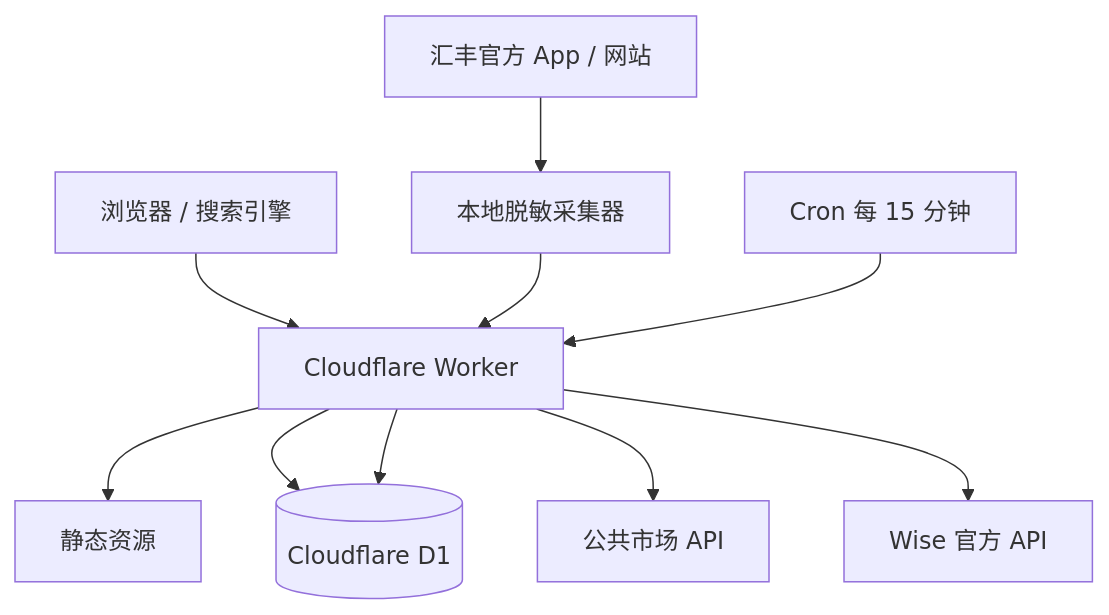
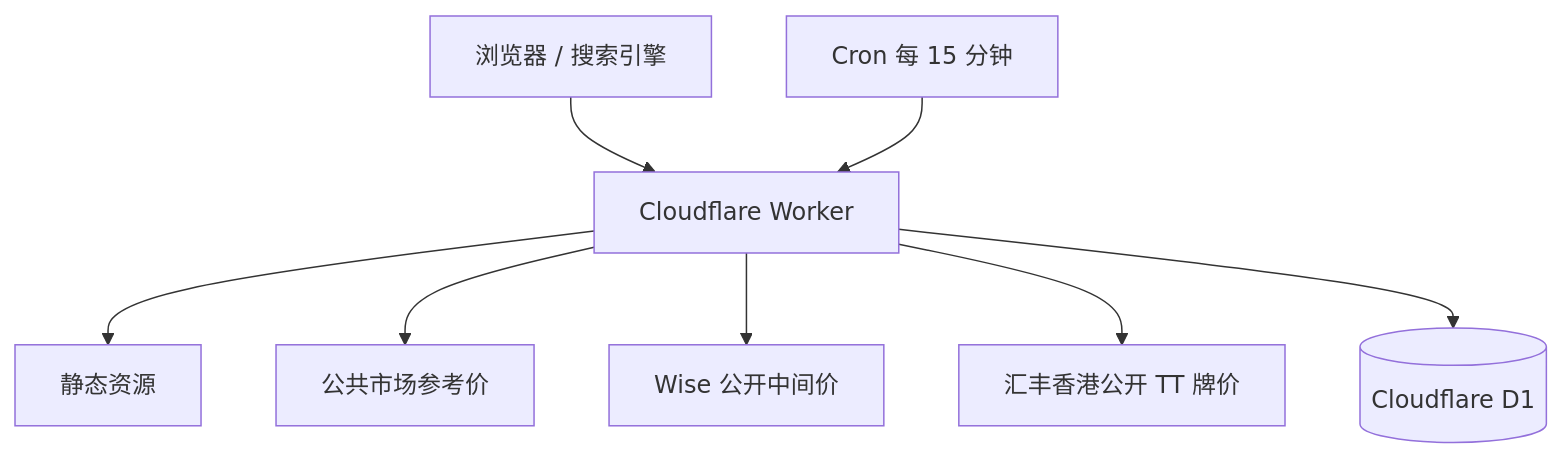
The diagram in docs/ARCHITECTURE.md (wxywizard/FXPulse), drawn with Mermaid before and after one commit. The commit also changed other lines of this file and 11 other files, not shown here.

````diff
--- a/docs/ARCHITECTURE.md
+++ b/docs/ARCHITECTURE.md
@@ -7,12 +7,10 @@
 ```mermaid
 flowchart TD
     U[浏览器 / 搜索引擎] --> W[Cloudflare Worker]
     W --> A[静态资源]
+    W --> M[公共市场参考价]
+    W --> X[Wise 公开中间价]
+    W --> H[汇丰香港公开 TT 牌价]
     W --> D[(Cloudflare D1)]
-    W --> M[公共市场 API]
-    W --> X[Wise 官方 API]
-    I[本地脱敏采集器] --> W
-    B[汇丰官方 App / 网站] --> I
     T[Cron 每 15 分钟] --> W
-    W --> D
 ```
````
